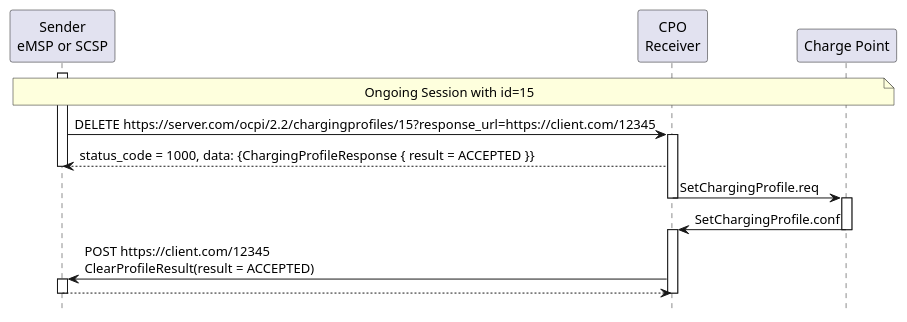
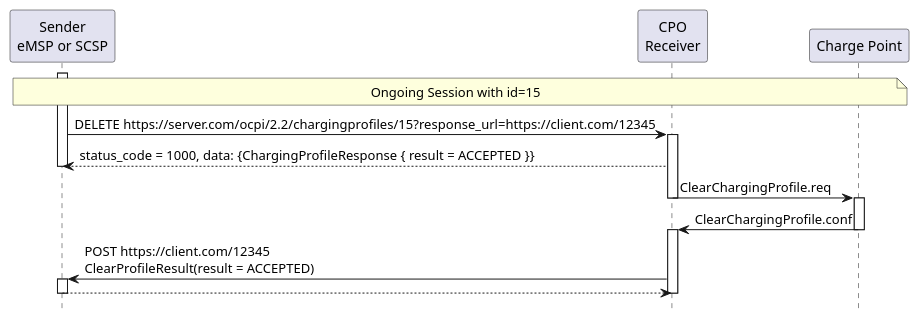
Before and after one commit to ocpi/ocpi: the diagram in plantuml/sd_charging_profile_clear.plantuml, drawn with PlantUML. The commit also changed 1 other file, not shown here.

```diff
--- a/plantuml/sd_charging_profile_clear.plantuml
+++ b/plantuml/sd_charging_profile_clear.plantuml
@@ -1,28 +1,28 @@
 @startuml
 hide footbox
 
 participant "Sender\neMSP or SCSP" as eMSP
 participant "CPO\nReceiver" as CPO
 participant "Charge Point" as CP
 
 NOTE over eMSP, CP: Ongoing Session with id=15
 
 activate eMSP
 eMSP -> CPO: DELETE https:~//server.com/ocpi/2.2/chargingprofiles/15?response_url=https:~//client.com/12345
 activate CPO
 CPO  --> eMSP: status_code = 1000, data: {ChargingProfileResponse { result = ACCEPTED }}
 deactivate eMSP
 
-CPO  ->  CP:   SetChargingProfile.req
+CPO  ->  CP:   ClearChargingProfile.req
 deactivate CPO
 activate CP
-CP   ->  CPO:  SetChargingProfile.conf
+CP   ->  CPO:  ClearChargingProfile.conf
 deactivate CP
 activate CPO
 CPO  ->  eMSP: POST https:~//client.com/12345\nClearProfileResult(result = ACCEPTED)
 activate eMSP
 eMSP --> CPO:
 deactivate CPO
 deactivate eMSP
 
 @enduml
```
